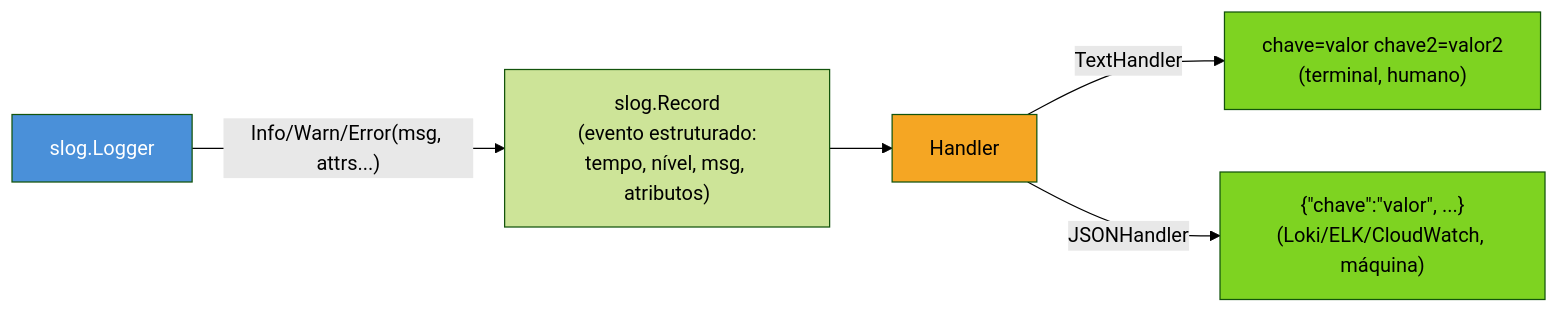
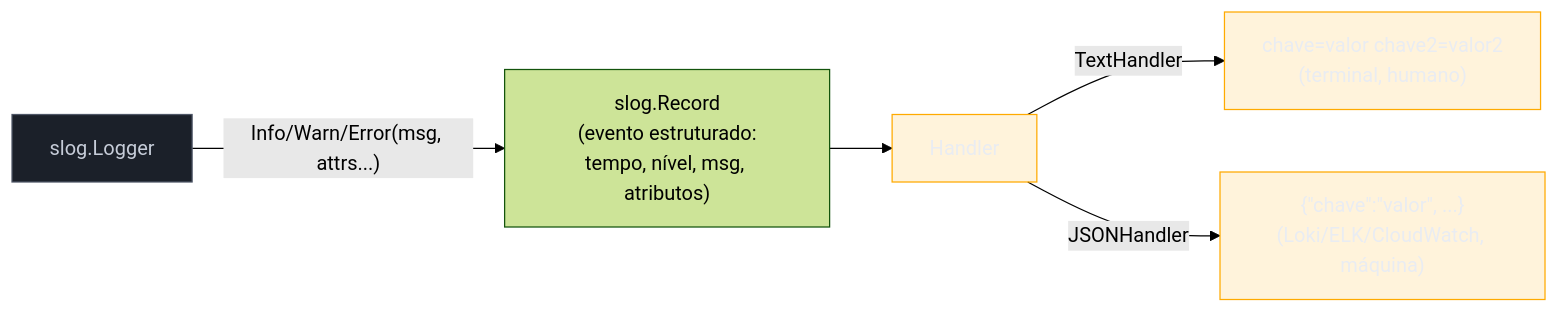
The diagram in 03-Dominios/Tecnologia/Go/16 - Observabilidade/02 - Logging estruturado com slog.md (josenaldo/codex-technomanticus), drawn with Mermaid (forest theme) before and after one commit. The commit also changed 1181 other files, not shown here.

First line of the commit message:
fix(diagramas): paleta do sistema no lugar de cor cravada no markdown

````diff
--- a/03-Dominios/Tecnologia/Go/16 - Observabilidade/02 - Logging estruturado com slog.md
+++ b/03-Dominios/Tecnologia/Go/16 - Observabilidade/02 - Logging estruturado com slog.md
@@ -42,12 +42,14 @@
 ```mermaid
 flowchart LR
+    classDef neutro fill:#1B2029,stroke:#4E5666,color:#C6CCD8
+    classDef destaque fill:#FFAA0024,stroke:#FFAA00,color:#E9ECF2
     A["slog.Logger"] -->|"Info/Warn/Error(msg, attrs...)"| B["slog.Record\n(evento estruturado:\ntempo, nível, msg, atributos)"]
     B --> C["Handler"]
     C -->|"TextHandler"| D["chave=valor chave2=valor2\n(terminal, humano)"]
     C -->|"JSONHandler"| E["{&quot;chave&quot;:&quot;valor&quot;, ...}\n(Loki/ELK/CloudWatch, máquina)"]
 
-    style A fill:#4A90D9,color:#fff
-    style C fill:#F5A623,color:#000
-    style D fill:#7ED321,color:#000
-    style E fill:#7ED321,color:#000
+    class A neutro
+    class C destaque
+    class D destaque
+    class E destaque
 ```
````
